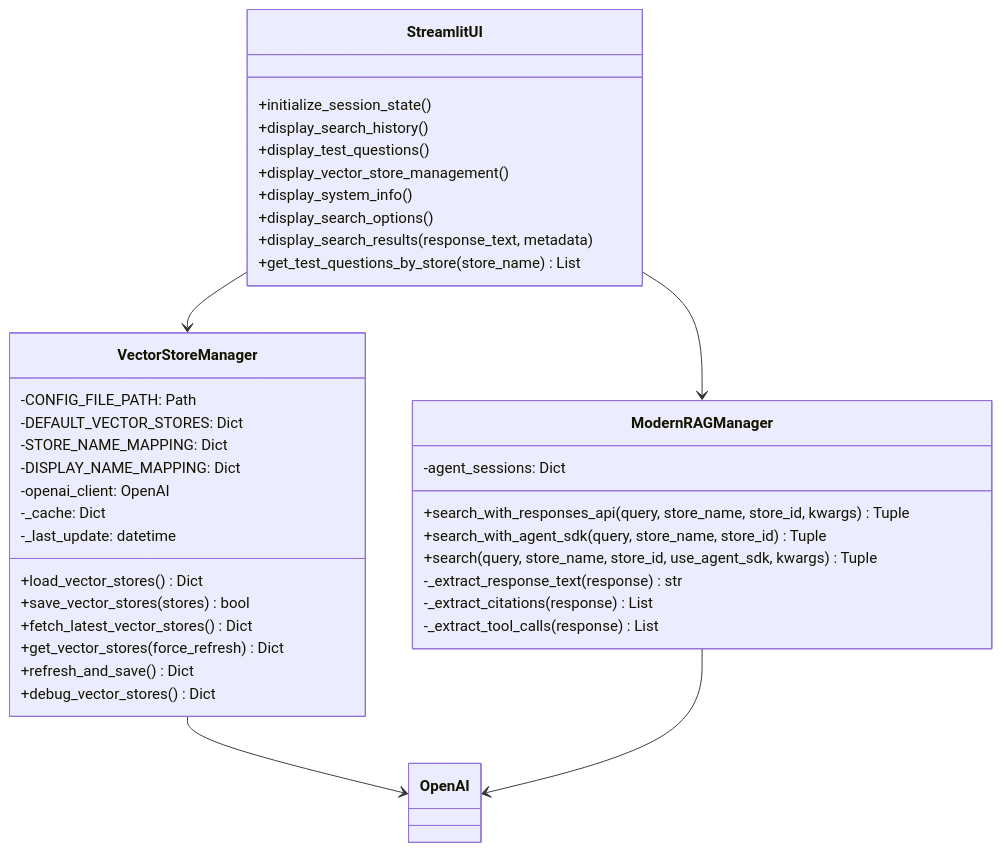
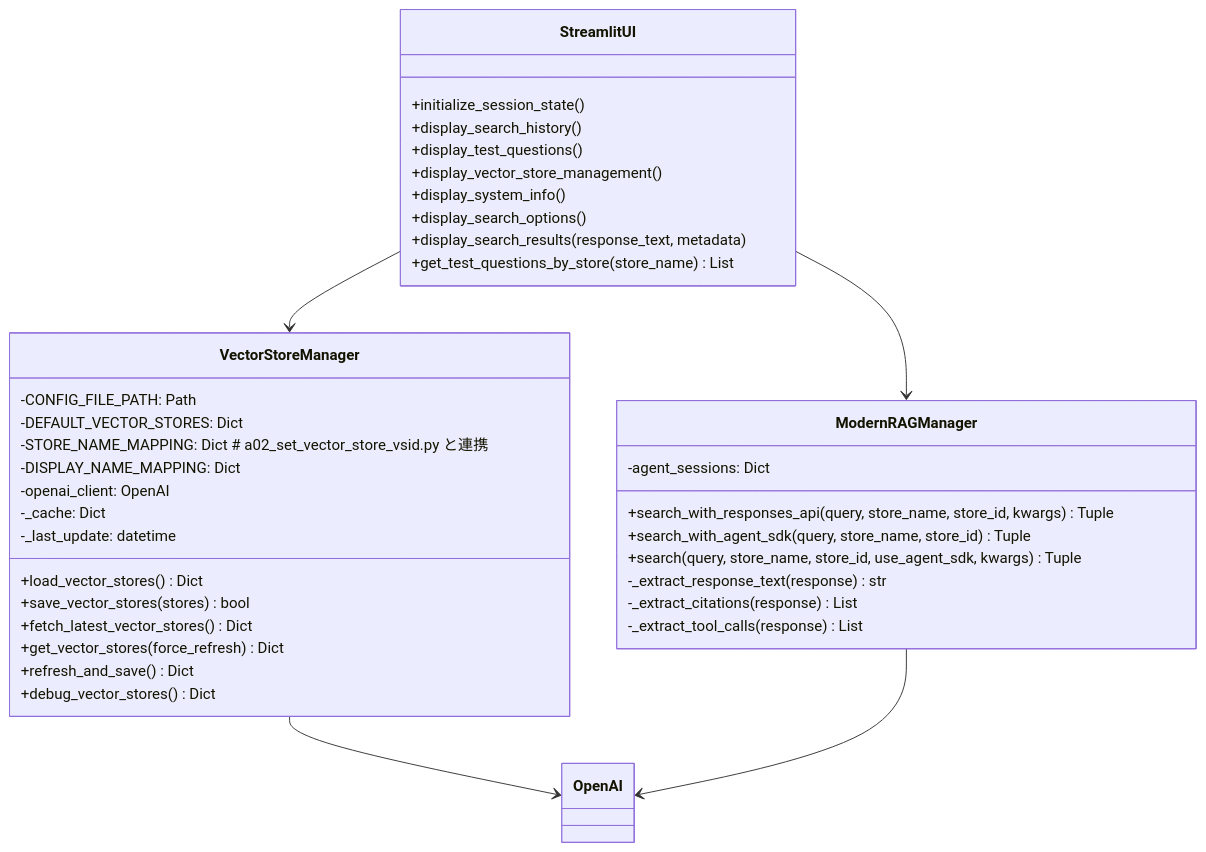
One commit to nakashima2toshio/openai_rag_jp changed the second of 3 diagrams in doc/a03_rag_search_cloud_vs.md. Above: the diagram before and after it, drawn with Mermaid. The commit also changed other lines of this file and 17 other files, not shown here.

````diff
--- a/doc/a03_rag_search_cloud_vs.md
+++ b/doc/a03_rag_search_cloud_vs.md
@@ -68,44 +68,44 @@
 ```mermaid
 classDiagram
     class VectorStoreManager {
         -CONFIG_FILE_PATH: Path
         -DEFAULT_VECTOR_STORES: Dict
-        -STORE_NAME_MAPPING: Dict
+        -STORE_NAME_MAPPING: Dict  # a02_set_vector_store_vsid.py と連携
         -DISPLAY_NAME_MAPPING: Dict
         -openai_client: OpenAI
         -_cache: Dict
         -_last_update: datetime
         +load_vector_stores() Dict
         +save_vector_stores(stores) bool
         +fetch_latest_vector_stores() Dict
         +get_vector_stores(force_refresh) Dict
         +refresh_and_save() Dict
         +debug_vector_stores() Dict
     }
     
     class ModernRAGManager {
         -agent_sessions: Dict
         +search_with_responses_api(query, store_name, store_id, kwargs) Tuple
         +search_with_agent_sdk(query, store_name, store_id) Tuple
         +search(query, store_name, store_id, use_agent_sdk, kwargs) Tuple
         -_extract_response_text(response) str
         -_extract_citations(response) List
         -_extract_tool_calls(response) List
     }
     
     class StreamlitUI {
         +initialize_session_state()
         +display_search_history()
         +display_test_questions()
         +display_vector_store_management()
         +display_system_info()
         +display_search_options()
         +display_search_results(response_text, metadata)
         +get_test_questions_by_store(store_name) List
     }
     
     VectorStoreManager --> OpenAI
     ModernRAGManager --> OpenAI
     StreamlitUI --> VectorStoreManager
     StreamlitUI --> ModernRAGManager
 ```
````
